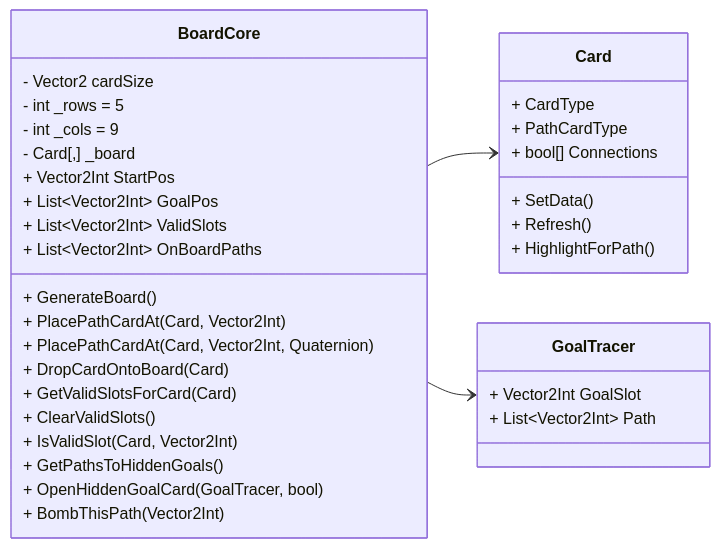
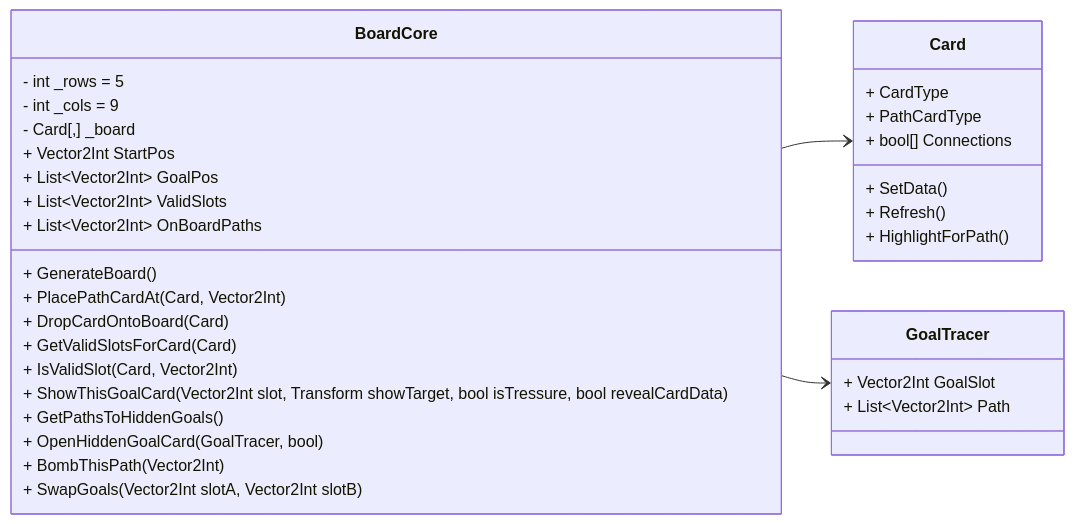
One commit to LeHien6601/Fishy-Business changed the diagram in Diagram/BoardCore.mmd. Above: the diagram before and after it, drawn with Mermaid. The commit also changed 3 other files, not shown here.

Commit message:
update mermaid diagram

```diff
--- a/Diagram/BoardCore.mmd
+++ b/Diagram/BoardCore.mmd
@@ -1,44 +1,42 @@
 classDiagram
     direction LR
 
     class BoardCore {
-        - Vector2 cardSize
         - int _rows = 5
         - int _cols = 9
         - Card[,] _board
 
         + Vector2Int StartPos
         + List~Vector2Int~ GoalPos
         + List~Vector2Int~ ValidSlots
         + List~Vector2Int~ OnBoardPaths
 
         + GenerateBoard()
         + PlacePathCardAt(Card, Vector2Int)
-        + PlacePathCardAt(Card, Vector2Int, Quaternion)
         + DropCardOntoBoard(Card)
-
         + GetValidSlotsForCard(Card)
-        + ClearValidSlots()
         + IsValidSlot(Card, Vector2Int)
 
+        + ShowThisGoalCard(Vector2Int slot, Transform showTarget, bool isTressure, bool revealCardData)
         + GetPathsToHiddenGoals()
         + OpenHiddenGoalCard(GoalTracer, bool)
         + BombThisPath(Vector2Int)
+        + SwapGoals(Vector2Int slotA, Vector2Int slotB)
     }
 
     class Card {
         + CardType
         + PathCardType
         + bool[] Connections
         + SetData()
         + Refresh()
         + HighlightForPath()
     }
 
     class GoalTracer {
         + Vector2Int GoalSlot
         + List~Vector2Int~ Path
     }
 
     BoardCore --> Card
     BoardCore --> GoalTracer
```
